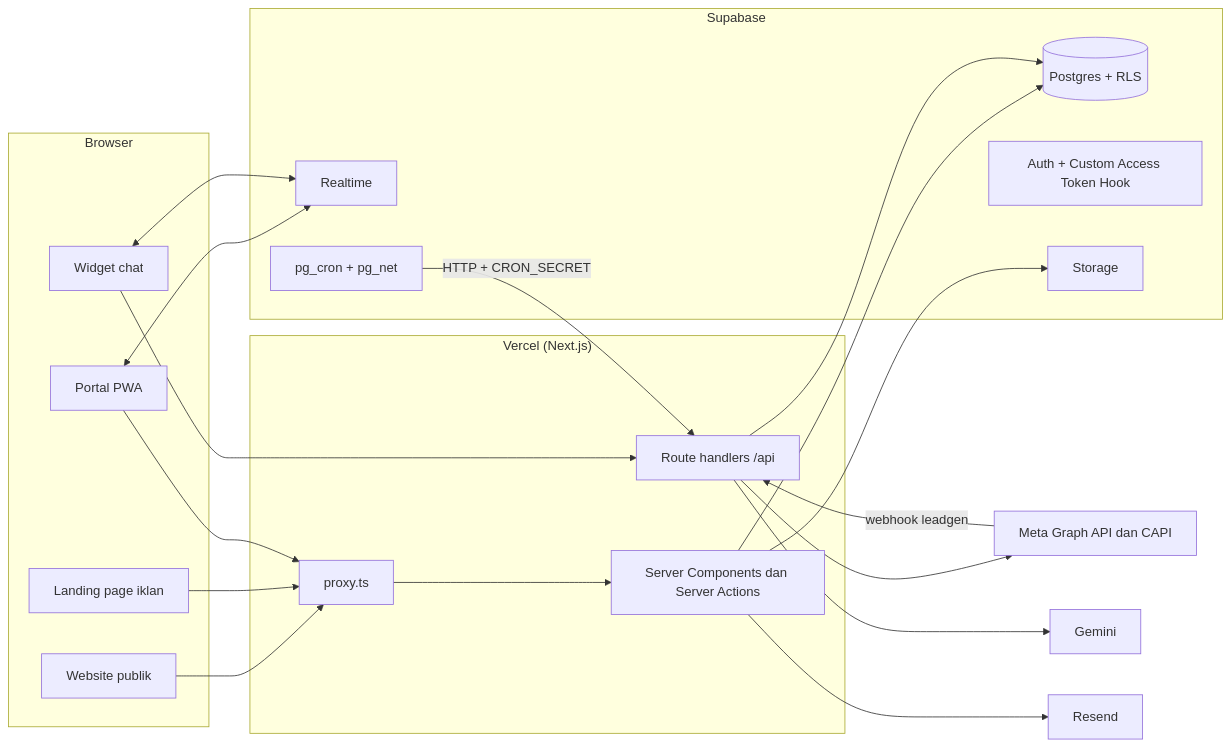
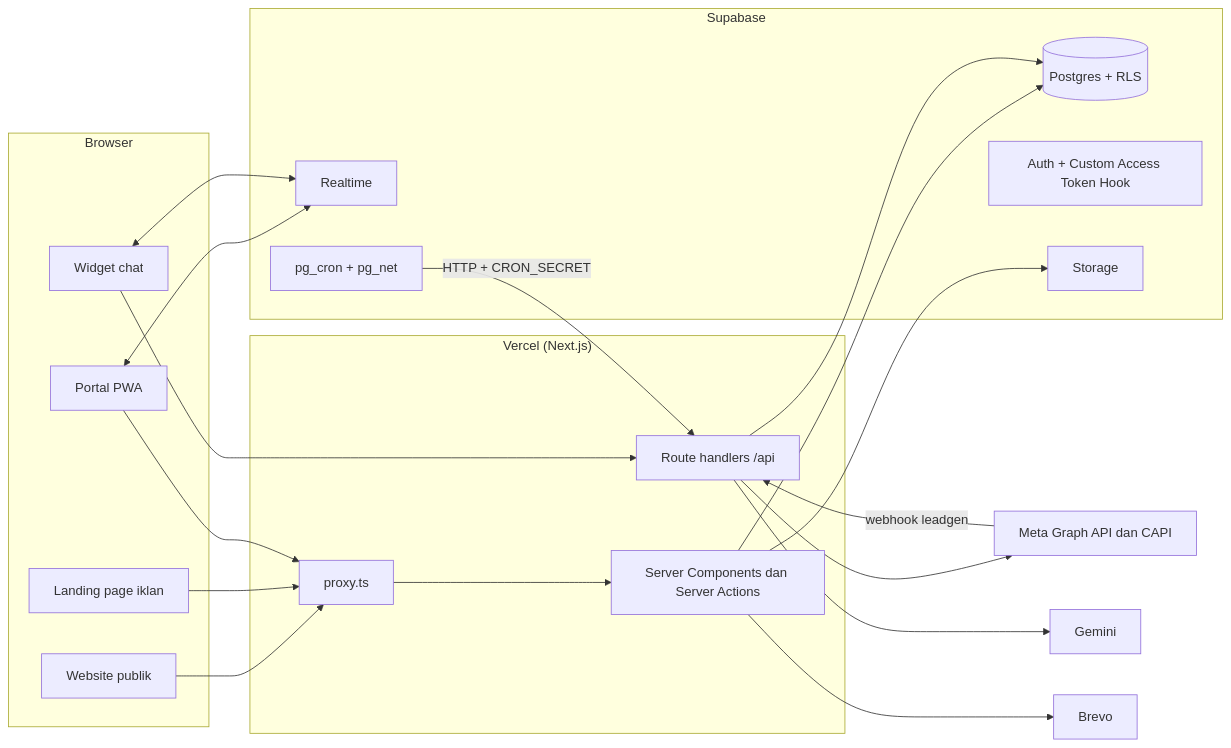
The first of 5 diagrams in docs/architecture.md (kisg-project/kisg-web), drawn with Mermaid before and after one commit. The commit also changed other lines of this file and 31 other files, not shown here.

First line of the commit message:
feat: add Supabase core schema, RLS, auth hook, and DB CI (#7)

````diff
--- a/docs/architecture.md
+++ b/docs/architecture.md
@@ -7,39 +7,39 @@
 ```mermaid
 flowchart LR
   subgraph Browser
     SITE[Website publik]
     LP[Landing page iklan]
     PWA[Portal PWA]
     W[Widget chat]
   end
   subgraph Vercel["Vercel (Next.js)"]
     RSC[Server Components dan Server Actions]
     API[Route handlers /api]
     PX[proxy.ts]
   end
   subgraph Supabase
     PG[(Postgres + RLS)]
     AUTH[Auth + Custom Access Token Hook]
     ST[Storage]
     RT[Realtime]
     CRON[pg_cron + pg_net]
   end
   META[Meta Graph API dan CAPI]
   GEM[Gemini]
-  RES[Resend]
+  RES[Brevo]
 
   SITE --> PX --> RSC
   LP --> PX
   PWA --> PX
   W --> API
   RSC --> PG
   RSC --> ST
   API --> PG
   API --> META
   API --> GEM
   RSC --> RES
   META -- webhook leadgen --> API
   CRON -- HTTP + CRON_SECRET --> API
   PWA <--> RT
   W <--> RT
 ```
````
